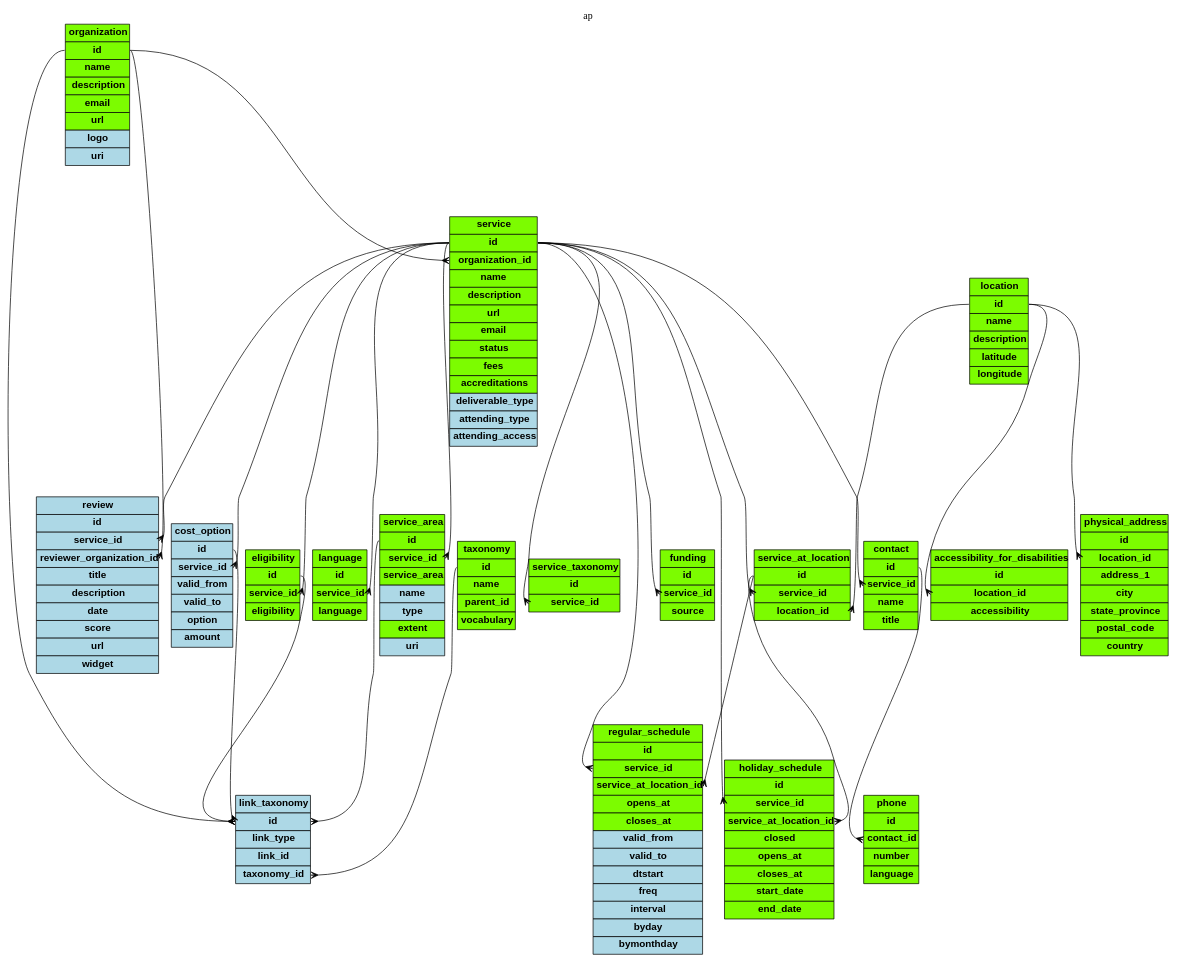
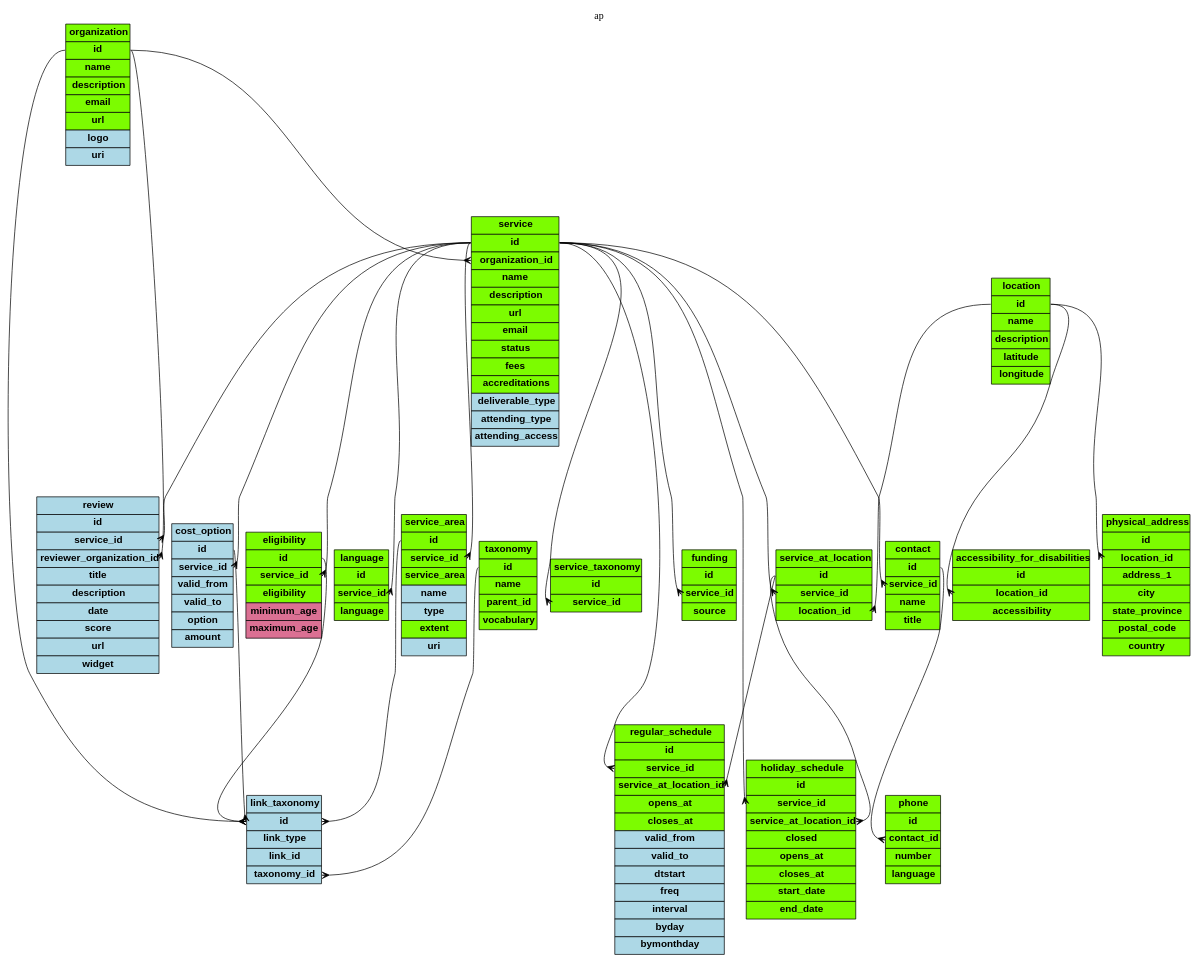
One commit to OpenReferralUK/human-services changed the diagram in Schemas/ap.gv. Above: the diagram before and after it, drawn with Graphviz. The commit also changed 21 other files, not shown here.

Commit message:
Added minimum_age and maximum_age to the LGA extensions and application profile

```diff
--- a/Schemas/ap.gv
+++ b/Schemas/ap.gv
@@ -184,6 +184,8 @@
 <tr><td port='id'  bgcolor="lawngreen"><b>id</b></td></tr>
 <tr><td port='service_id'  bgcolor="lawngreen"><b>service_id</b></td></tr>
 <tr><td  bgcolor="lawngreen"><b>eligibility</b></td></tr>
+<tr><td  bgcolor="palevioletred"><b>minimum_age</b></td></tr>
+<tr><td  bgcolor="palevioletred"><b>maximum_age</b></td></tr>
 </table>
 >]
 
```
